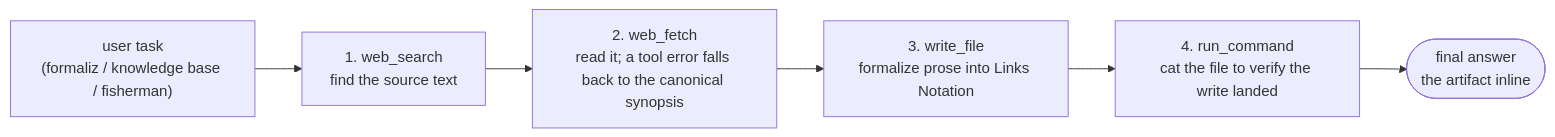
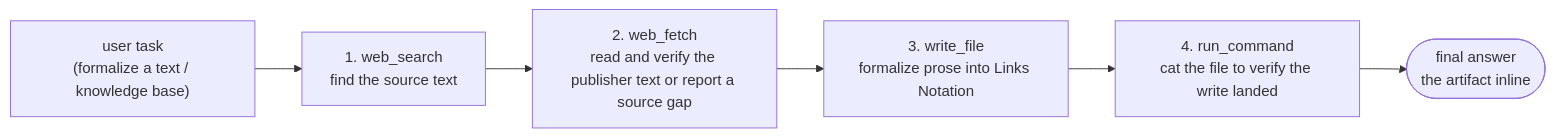
One commit to link-assistant/formal-ai changed the second of 5 diagrams in docs/diagrams/agentic-recipes.md. Above: the diagram before and after it, drawn with Mermaid. The commit also changed other lines of this file and 61 other files, not shown here.

````diff
--- a/docs/diagrams/agentic-recipes.md
+++ b/docs/diagrams/agentic-recipes.md
@@ -30,9 +30,9 @@
 ```mermaid
 flowchart LR
-    formalize_task["user task<br/>(formaliz / knowledge base / fisherman)"]
+    formalize_task["user task<br/>(formalize a text / knowledge base)"]
     formalize_task --> formalize_0["1. web_search<br/>find the source text"]
-    formalize_0 --> formalize_1["2. web_fetch<br/>read it; a tool error falls back to the canonical synopsis"]
+    formalize_0 --> formalize_1["2. web_fetch<br/>read and verify the publisher text or report a source gap"]
     formalize_1 --> formalize_2["3. write_file<br/>formalize prose into Links Notation"]
     formalize_2 --> formalize_3["4. run_command<br/>cat the file to verify the write landed"]
     formalize_3 --> formalize_final(["final answer<br/>the artifact inline"])
 ```
````
